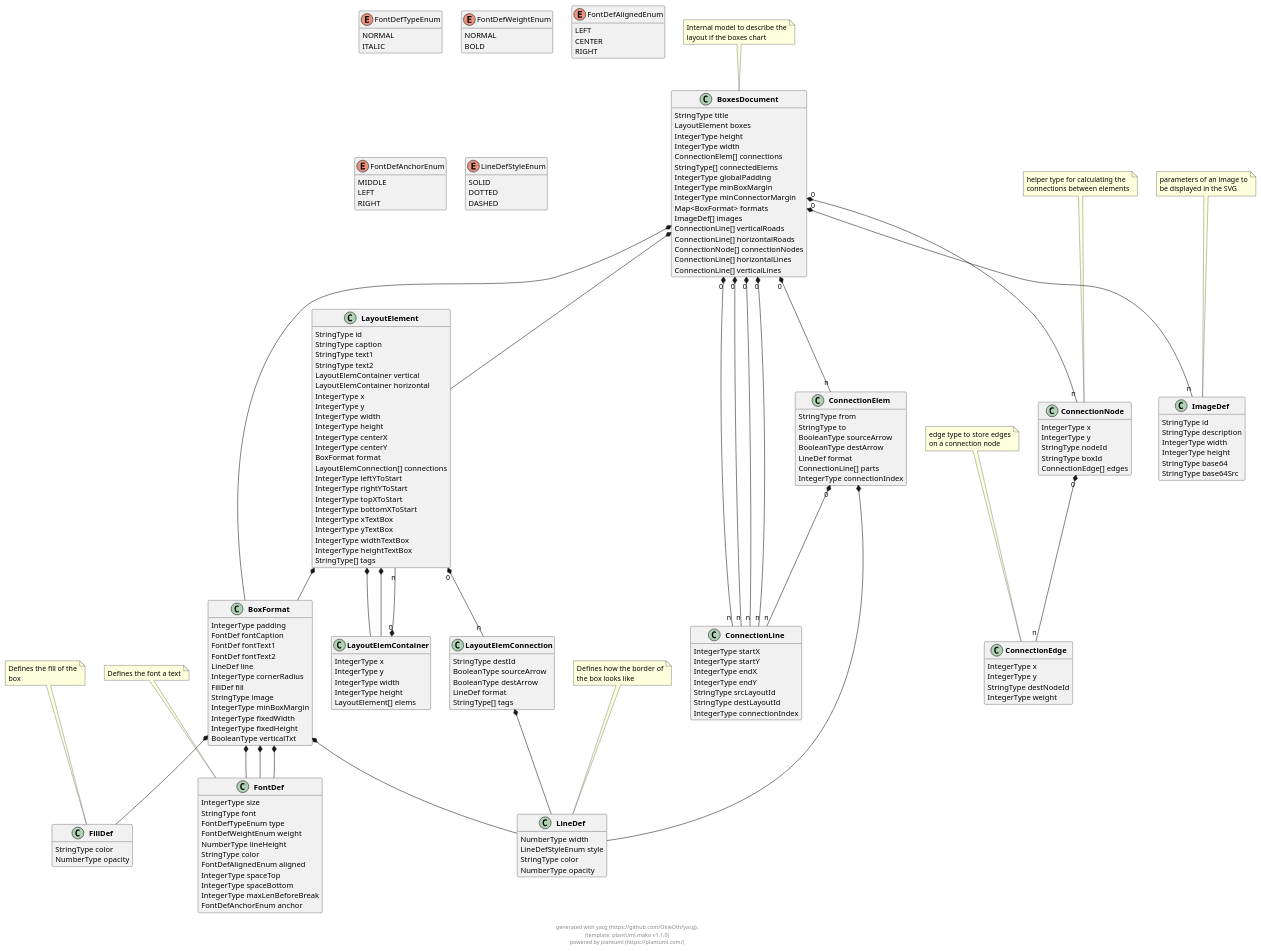
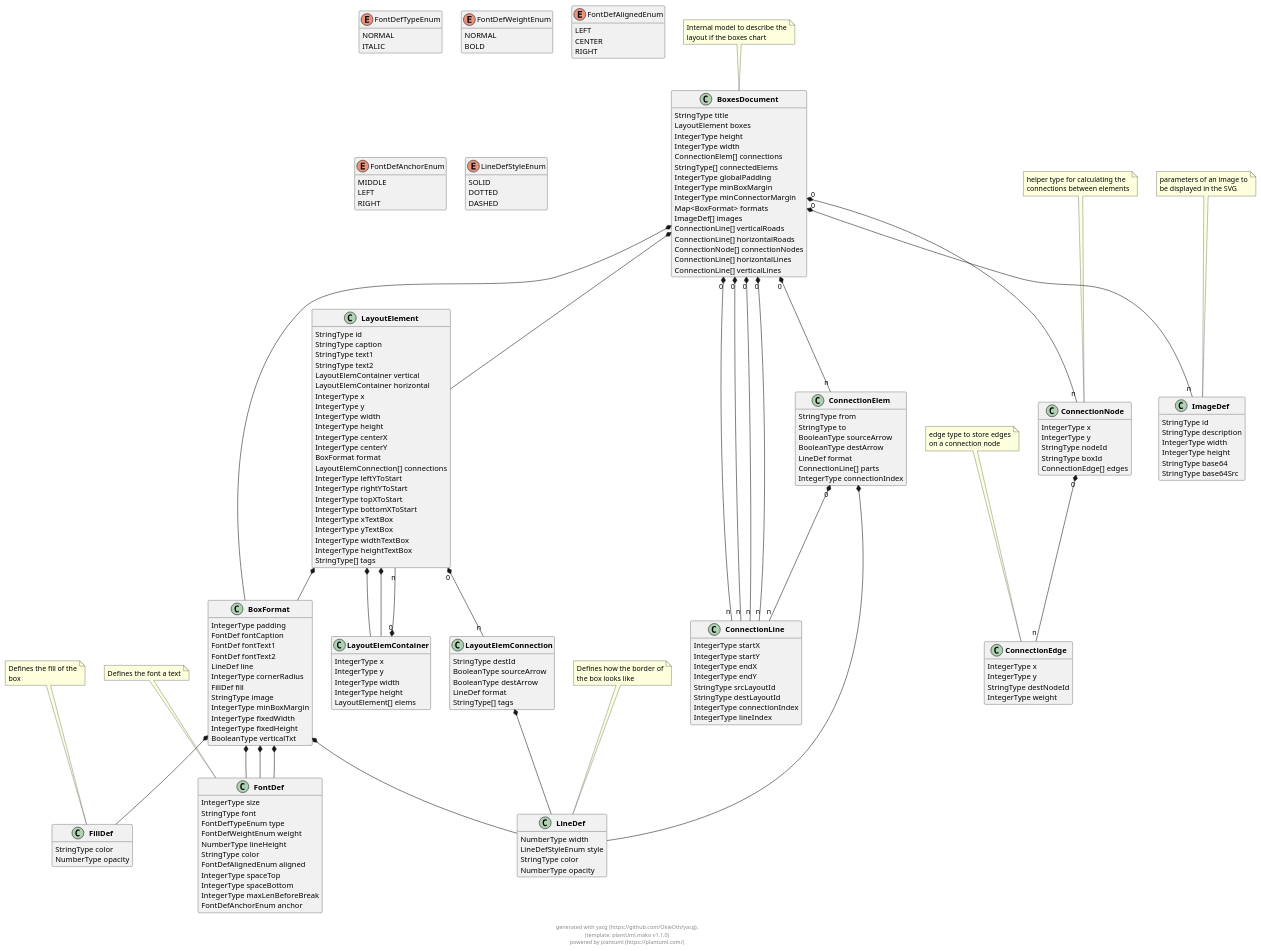
One commit to OkieOth/draw.chart.things changed the diagram in docs/models/puml/boxes_document.puml. Above: the diagram before and after it, drawn with PlantUML. The commit also changed 8 other files, not shown here.

```diff
--- a/docs/models/puml/boxes_document.puml
+++ b/docs/models/puml/boxes_document.puml
@@ -92,6 +92,7 @@
         StringType srcLayoutId
         StringType destLayoutId
         IntegerType connectionIndex
+        IntegerType lineIndex
 }
 
  
@@ -304,6 +305,7 @@
 
 
 
+
     
 
 
```
